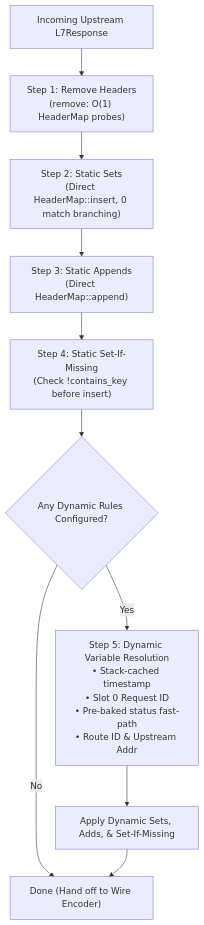
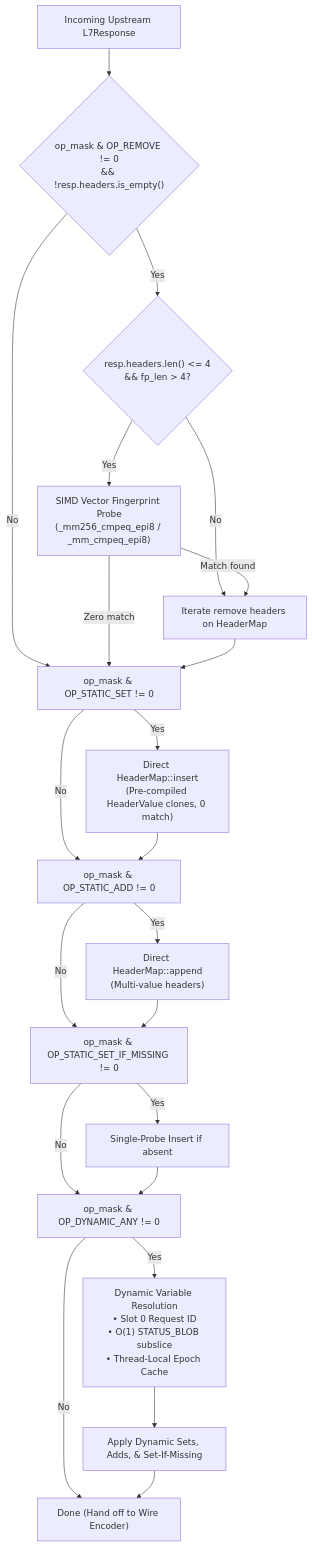
Before and after one commit to phucle996/velda-edge: the first of 2 diagrams in crates/velda-plugin/src/post_response/response_header_mutation/ARCHITECTURE.md, drawn with Mermaid. The commit also changed other lines of this file and 145 other files, not shown here.

````diff
--- a/crates/velda-plugin/src/post_response/response_header_mutation/ARCHITECTURE.md
+++ b/crates/velda-plugin/src/post_response/response_header_mutation/ARCHITECTURE.md
@@ -30,20 +28,32 @@
 ```mermaid
 flowchart TD
-    Resp["Incoming Upstream L7Response"] --> Step1["Step 1: Remove Headers\n(remove: O(1) HeaderMap probes)"]
+    Resp["Incoming Upstream L7Response"] --> GateRemove{"op_mask & OP_REMOVE != 0\n&& !resp.headers.is_empty()"}
     
-    Step1 --> Step2["Step 2: Static Sets\n(Direct HeaderMap::insert, 0 match branching)"]
+    GateRemove -->|Yes| CheckSimd{"resp.headers.len() <= 4\n&& fp_len > 4?"}
+    GateRemove -->|No| GateSet
     
-    Step2 --> Step3["Step 3: Static Appends\n(Direct HeaderMap::append)"]
+    CheckSimd -->|Yes| SimdProbe["SIMD Vector Fingerprint Probe\n(_mm256_cmpeq_epi8 / _mm_cmpeq_epi8)"]
+    CheckSimd -->|No| FullRemove["Iterate remove headers on HeaderMap"]
     
-    Step3 --> Step4["Step 4: Static Set-If-Missing\n(Check !contains_key before insert)"]
+    SimdProbe -->|Match found| FullRemove
+    SimdProbe -->|Zero match| GateSet["op_mask & OP_STATIC_SET != 0"]
+    FullRemove --> GateSet
     
-    Step4 --> CheckDyn{"Any Dynamic Rules Configured?"}
+    GateSet -->|Yes| StaticSets["Direct HeaderMap::insert\n(Pre-compiled HeaderValue clones, 0 match)"]
+    GateSet -->|No| GateAdd
+    StaticSets --> GateAdd["op_mask & OP_STATIC_ADD != 0"]
     
-    CheckDyn -->|No| Done["Done (Hand off to Wire Encoder)"]
+    GateAdd -->|Yes| StaticAdds["Direct HeaderMap::append\n(Multi-value headers)"]
+    GateAdd -->|No| GateMissing
+    StaticAdds --> GateMissing["op_mask & OP_STATIC_SET_IF_MISSING != 0"]
     
-    CheckDyn -->|Yes| DynEval["Step 5: Dynamic Variable Resolution\n• Stack-cached timestamp\n• Slot 0 Request ID\n• Pre-baked status fast-path\n• Route ID & Upstream Addr"]
+    GateMissing -->|Yes| StaticMissing["Single-Probe Insert if absent"]
+    GateMissing -->|No| GateDyn
+    StaticMissing --> GateDyn["op_mask & OP_DYNAMIC_ANY != 0"]
+    
+    GateDyn -->|Yes| DynEval["Dynamic Variable Resolution\n• Slot 0 Request ID\n• O(1) STATUS_BLOB subslice\n• Thread-Local Epoch Cache"]
+    GateDyn -->|No| Done["Done (Hand off to Wire Encoder)"]
     
     DynEval --> ApplyDyn["Apply Dynamic Sets, Adds, & Set-If-Missing"]
-    
     ApplyDyn --> Done
 ```
````
